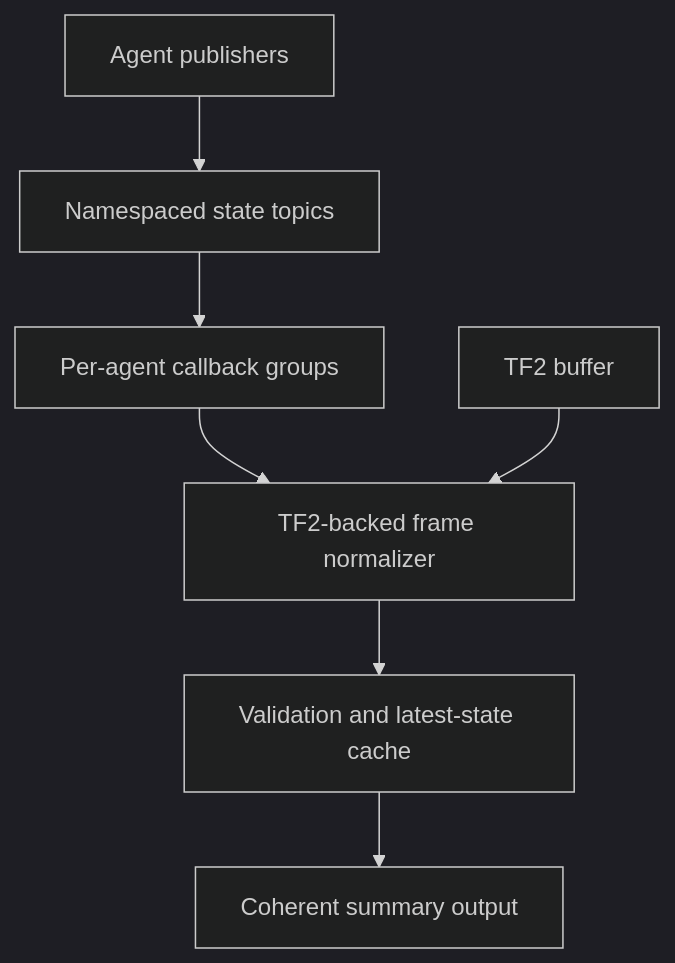
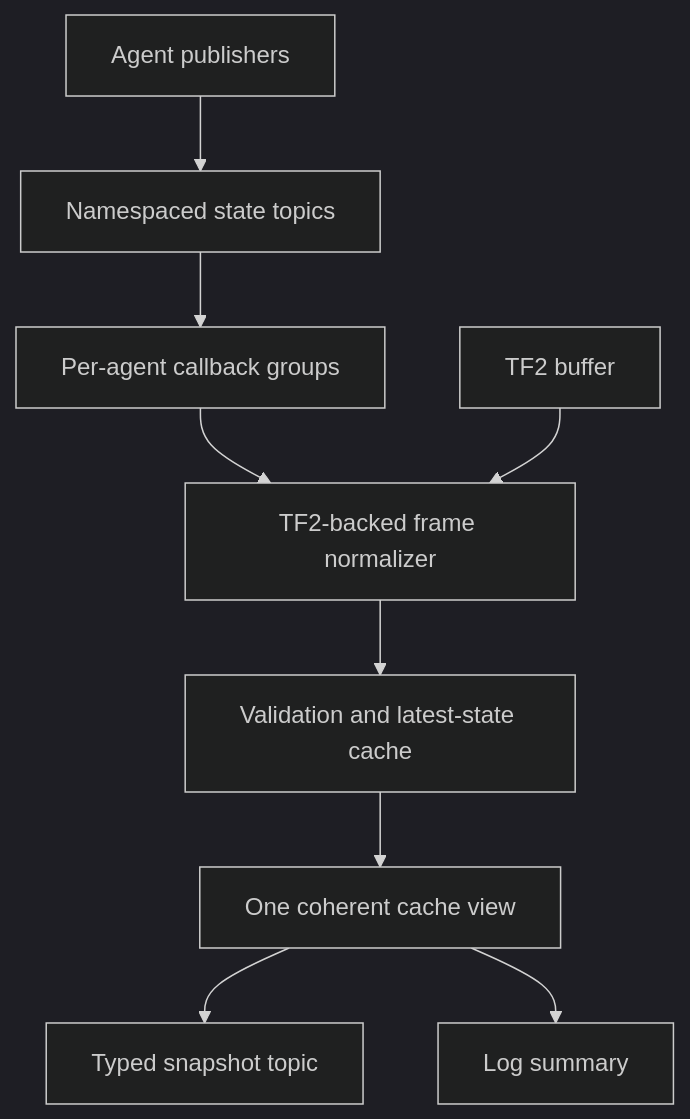
Before and after one commit to aliarslanpay/ros2-frame-aware-multi-agent-pipeline: the diagram in README.md, drawn with Mermaid (dark theme). The commit also changed other lines of this file and 3 other files, not shown here.

Commit message:
docs: document structured snapshot output

````diff
--- a/README.md
+++ b/README.md
@@ -37,9 +40,11 @@
 ```mermaid
 flowchart TD
     A["Agent publishers"] --> B["Namespaced state topics"]
     B --> C["Per-agent callback groups"]
     C --> D["TF2-backed frame normalizer"]
     T["TF2 buffer"] --> D
     D --> E["Validation and latest-state cache"]
-    E --> F["Coherent summary output"]
+    E --> F["One coherent cache view"]
+    F --> G["Typed snapshot topic"]
+    F --> H["Log summary"]
 ```
````
